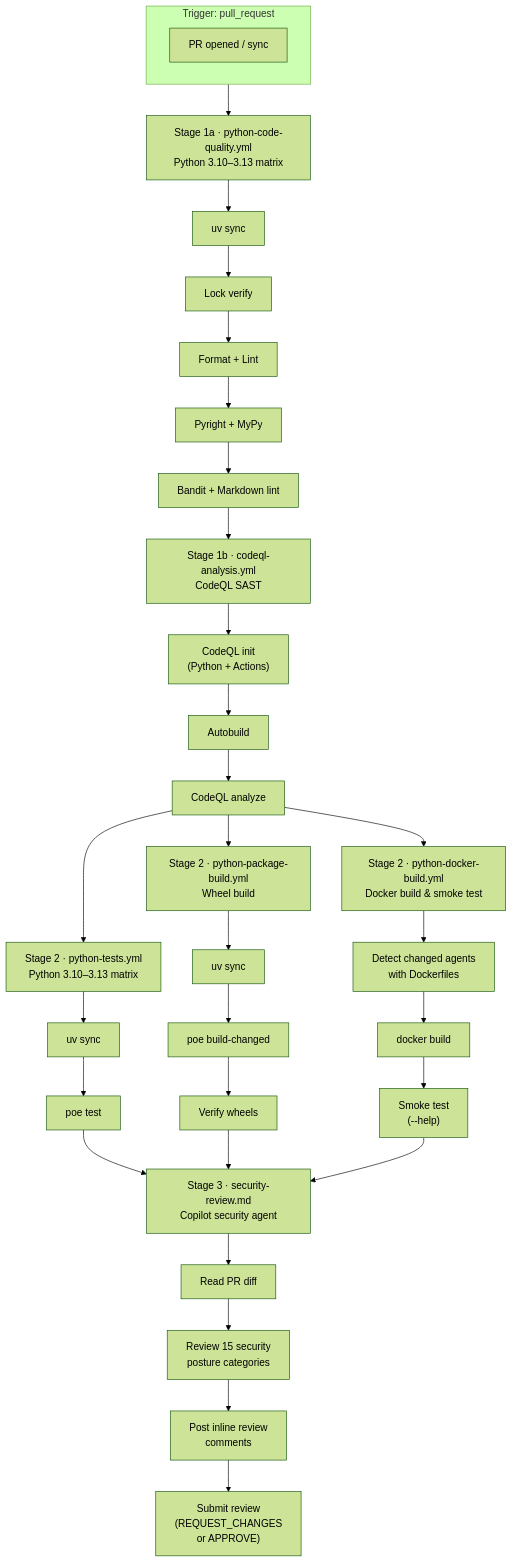
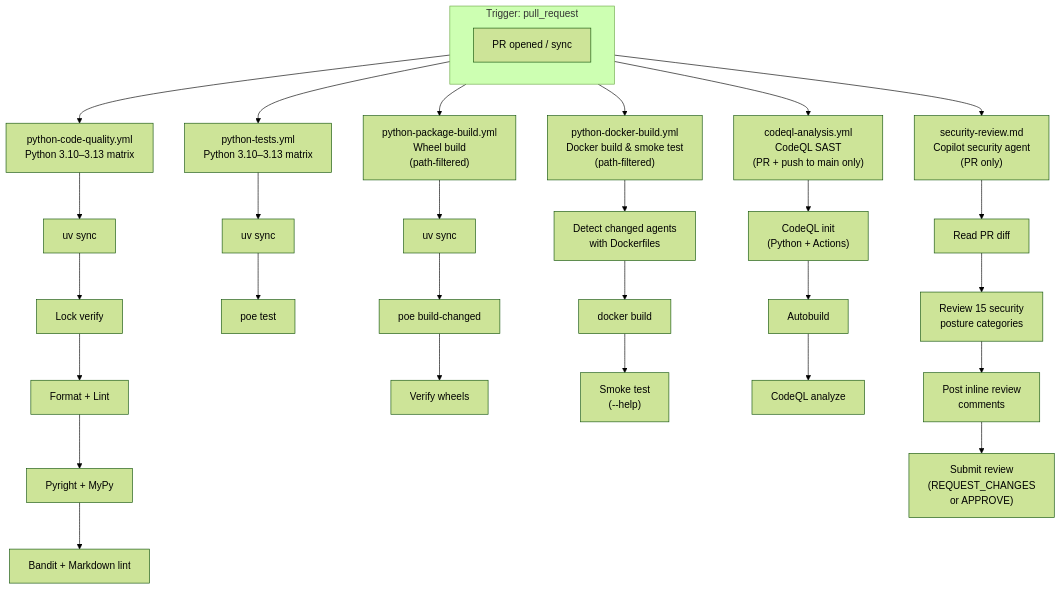
One commit to pmalarme/python-agent-template changed the sixth of 9 diagrams in README.md. Above: the diagram before and after it, drawn with Mermaid (forest theme). The commit also changed other lines of this file and 8 other files, not shown here.

Commit message:
feat: update workflows to trigger on pull requests and enhance security review process

````diff
--- a/README.md
+++ b/README.md
@@ -277,45 +276,40 @@
 ```mermaid
 flowchart TD
     subgraph trigger["Trigger: pull_request"]
         direction LR
         T1["PR opened / sync"]
     end
 
-    trigger --> CQ_QUAL["Stage 1a · python-code-quality.yml<br/>Python 3.10–3.13 matrix"]
+    trigger --> CQ_QUAL["python-code-quality.yml<br/>Python 3.10–3.13 matrix"]
+    trigger --> CQ_TEST["python-tests.yml<br/>Python 3.10–3.13 matrix"]
+    trigger --> PB["python-package-build.yml<br/>Wheel build<br/>(path-filtered)"]
+    trigger --> DK["python-docker-build.yml<br/>Docker build &amp; smoke test<br/>(path-filtered)"]
+    trigger --> CQ["codeql-analysis.yml<br/>CodeQL SAST<br/>(PR + push to main only)"]
+    trigger --> SR["security-review.md<br/>Copilot security agent<br/>(PR only)"]
 
     CQ_QUAL --> CQ_QUAL1["uv sync"]
     CQ_QUAL1 --> CQ_QUAL1b["Lock verify"]
     CQ_QUAL1b --> CQ_QUAL2["Format + Lint"]
     CQ_QUAL2 --> CQ_QUAL3["Pyright + MyPy"]
     CQ_QUAL3 --> CQ_QUAL4["Bandit + Markdown lint"]
-
-    CQ_QUAL4 --> CQ["Stage 1b · codeql-analysis.yml<br/>CodeQL SAST"]
-
-    CQ --> CQ1["CodeQL init<br/>(Python + Actions)"]
-    CQ1 --> CQ2["Autobuild"]
-    CQ2 --> CQ3["CodeQL analyze"]
-
-    CQ3 --> CQ_TEST["Stage 2 · python-tests.yml<br/>Python 3.10–3.13 matrix"]
-    CQ3 --> PB["Stage 2 · python-package-build.yml<br/>Wheel build"]
-    CQ3 --> DK["Stage 2 · python-docker-build.yml<br/>Docker build &amp; smoke test"]
 
     CQ_TEST --> CQ_TEST1["uv sync"]
     CQ_TEST1 --> CQ_TEST2["poe test"]
 
     PB --> PB1["uv sync"]
     PB1 --> PB2["poe build-changed"]
     PB2 --> PB3["Verify wheels"]
 
     DK --> DK1["Detect changed agents<br/>with Dockerfiles"]
     DK1 --> DK2["docker build"]
     DK2 --> DK3["Smoke test<br/>(--help)"]
 
-    CQ_TEST2 --> SR["Stage 3 · security-review.md<br/>Copilot security agent"]
-    PB3 --> SR
-    DK3 --> SR
+    CQ --> CQ1["CodeQL init<br/>(Python + Actions)"]
+    CQ1 --> CQ2["Autobuild"]
+    CQ2 --> CQ3["CodeQL analyze"]
 
     SR --> SR1["Read PR diff"]
     SR1 --> SR2["Review 15 security<br/>posture categories"]
     SR2 --> SR3["Post inline review<br/>comments"]
     SR3 --> SR4["Submit review<br/>(REQUEST_CHANGES<br/>or APPROVE)"]
 ```
````
